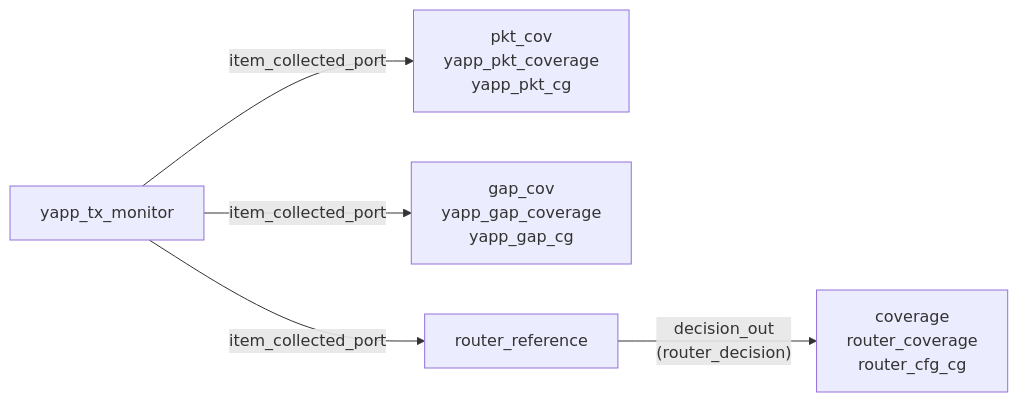
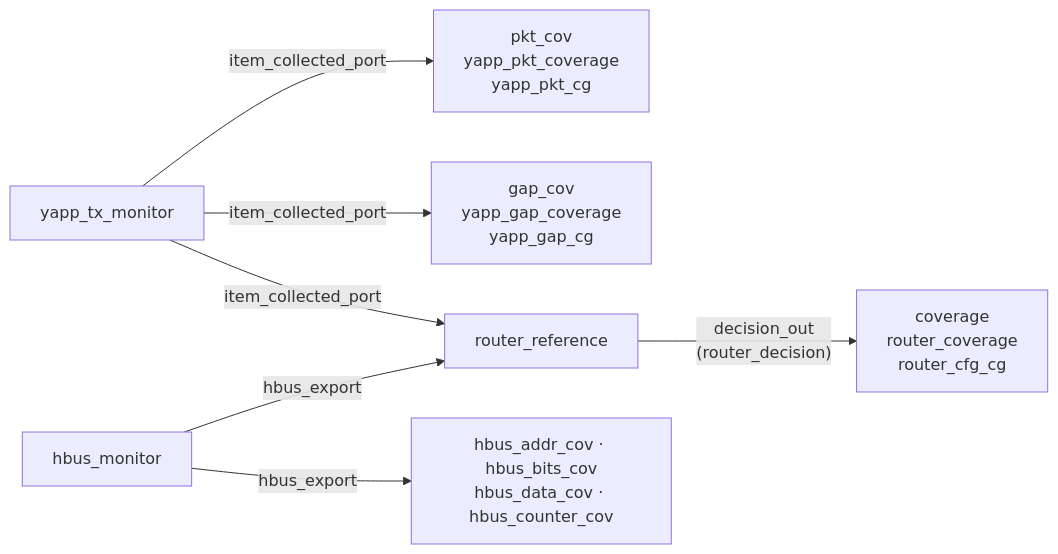
The diagram in docs/components/coverage.md (tamirgabgab/Qcom-Mentoring), drawn with Mermaid before and after one commit. The commit also changed other lines of this file and 22 other files, not shown here.

````diff
--- a/docs/components/coverage.md
+++ b/docs/components/coverage.md
@@ -18,7 +18,9 @@
 ```mermaid
 flowchart LR
     MON["yapp_tx_monitor"] -->|"item_collected_port"| PKT["pkt_cov<br/>yapp_pkt_coverage<br/>yapp_pkt_cg"]
     MON -->|"item_collected_port"| GAP["gap_cov<br/>yapp_gap_coverage<br/>yapp_gap_cg"]
     MON -->|"item_collected_port"| REF["router_reference"]
     REF -->|"decision_out<br/>(router_decision)"| RC["coverage<br/>router_coverage<br/>router_cfg_cg"]
+    HM["hbus_monitor"] -->|"hbus_export"| REF
+    HM -->|"hbus_export"| HC["hbus_addr_cov · hbus_bits_cov<br/>hbus_data_cov · hbus_counter_cov"]
 ```
````
